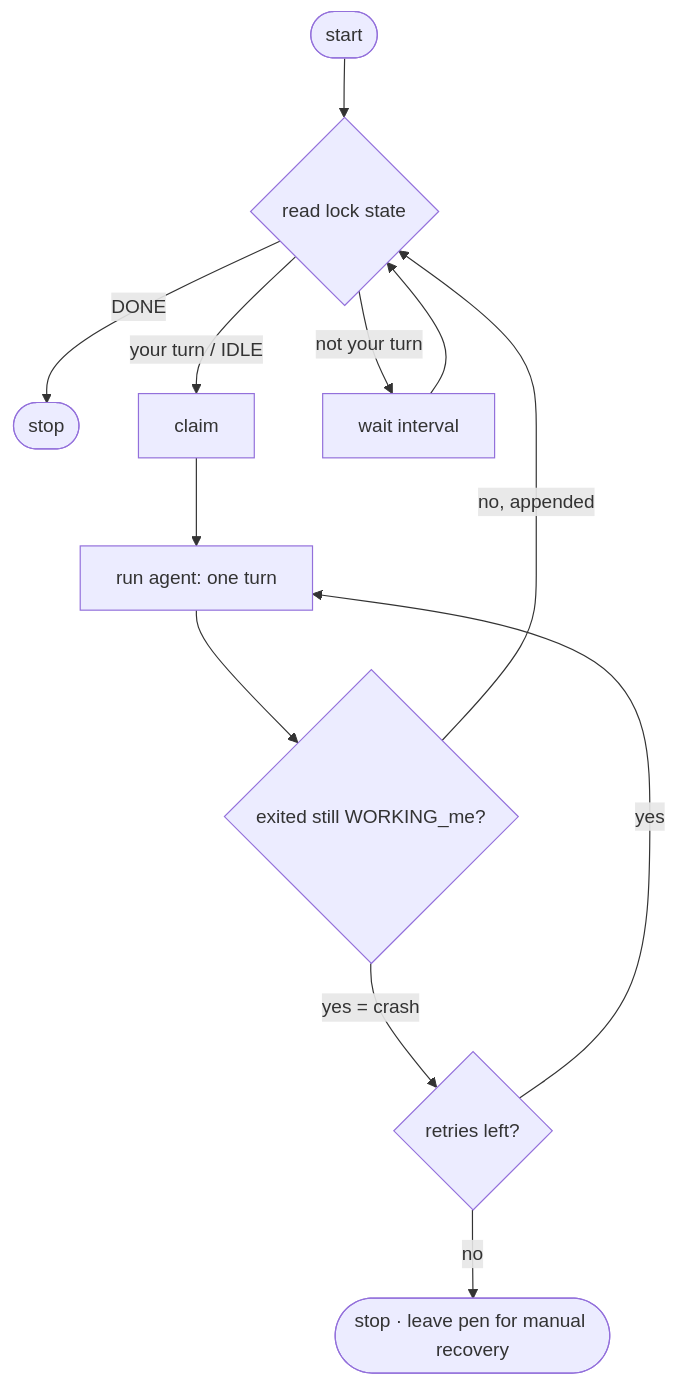
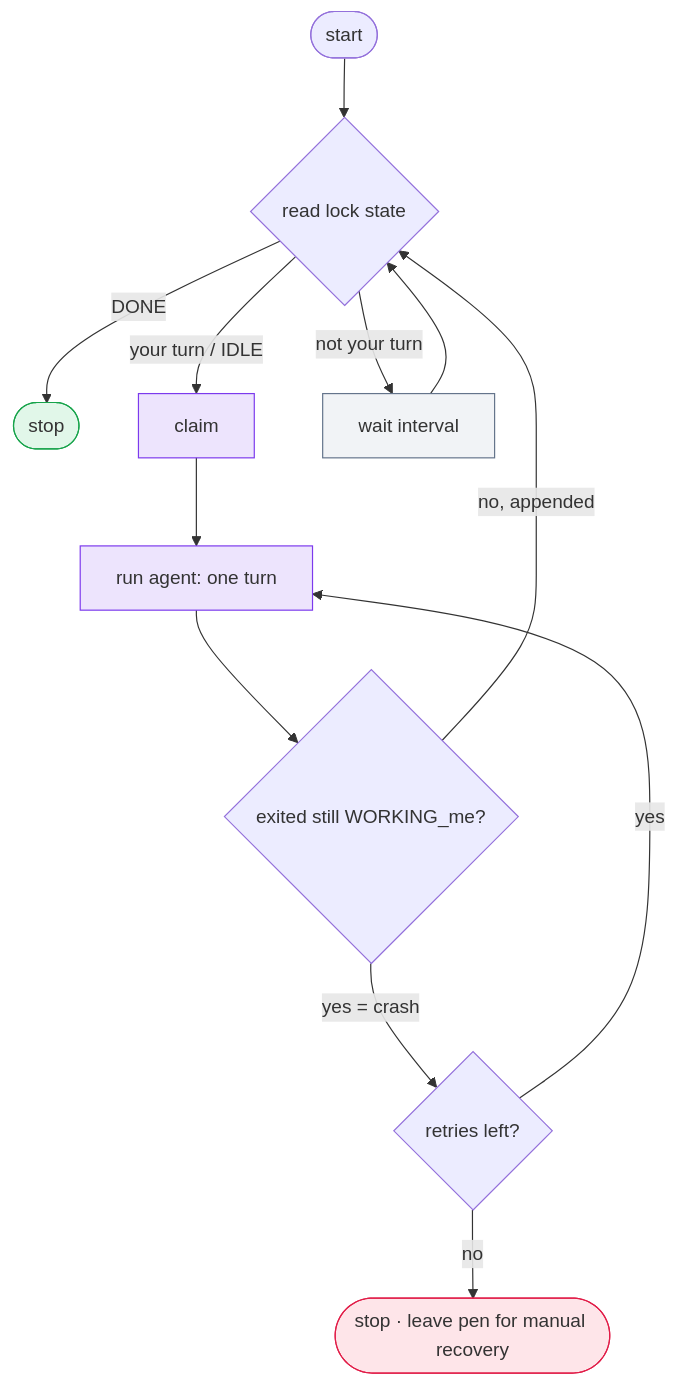
Before and after one commit to M8Shift/m8shift.github.io: the diagram in docs/guide/headless.md, drawn with Mermaid. The commit also changed other lines of this file and 31 other files, not shown here.

First line of the commit message:
Colorize diagrams and add Mermaid illustrations across the site (EN + FR)

````diff
--- a/docs/guide/headless.md
+++ b/docs/guide/headless.md
@@ -18,13 +18,21 @@
 ```mermaid
 flowchart TD
     S([start]) --> R{read lock state}
     R -->|DONE| E([stop])
     R -->|your turn / IDLE| K[claim]
     R -->|not your turn| W[wait interval] --> R
     K --> Work[run agent: one turn]
     Work --> C{exited still WORKING_me?}
     C -->|no, appended| R
     C -->|yes = crash| Retry{retries left?}
     Retry -->|yes| Work
     Retry -->|no| M([stop · leave pen for manual recovery])
+    classDef agent fill:#7c3aed22,stroke:#7c3aed;
+    classDef wait fill:#94a3b822,stroke:#64748b;
+    classDef ok fill:#22c55e22,stroke:#16a34a;
+    classDef bad fill:#f43f5e22,stroke:#e11d48;
+    class K,Work agent;
+    class W wait;
+    class E ok;
+    class M bad;
 ```
````
